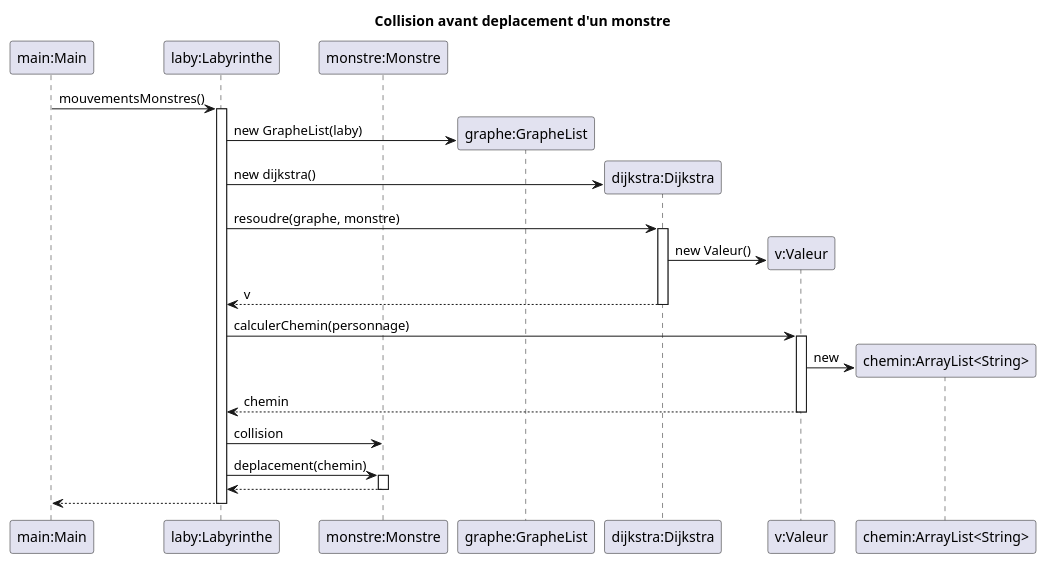
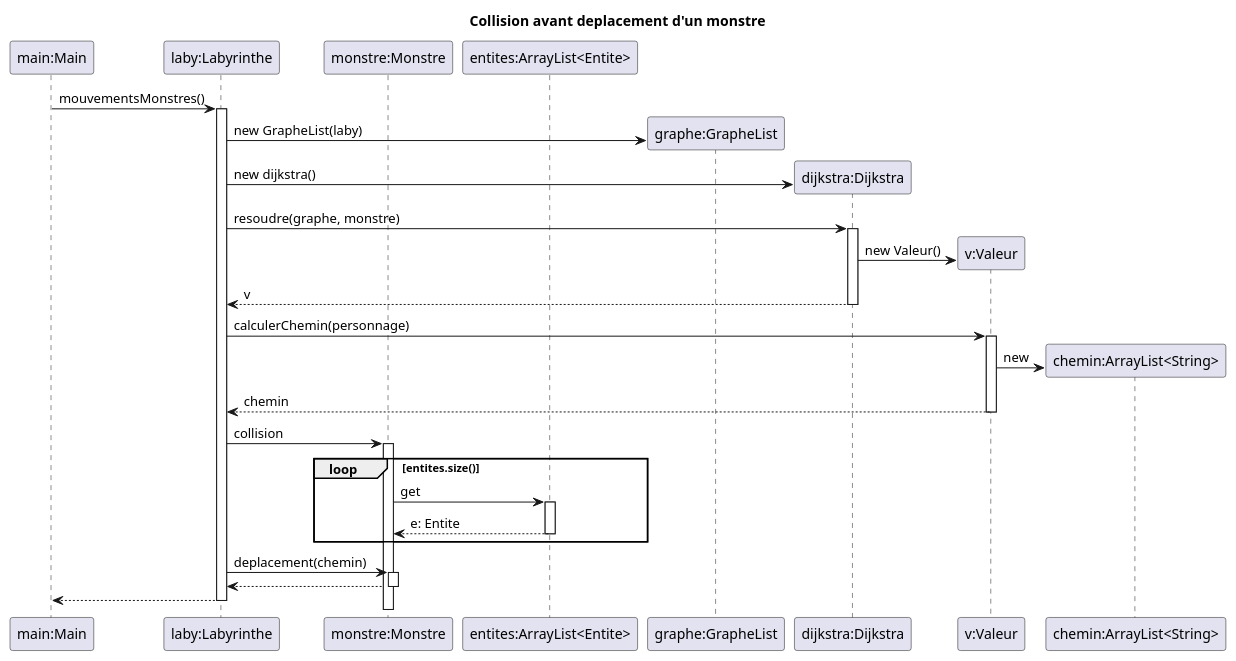
Before and after one commit to adrienMGN/2024_Zeldiablo_mangin225u_dewasch2u_favier36u_fontaine_noel332u: the diagram in zeldiablo/src/gameLaby/Fonctionnement_Sequence.puml, drawn with PlantUML. The commit also changed 21 other files, not shown here.

```diff
--- a/zeldiablo/src/gameLaby/Fonctionnement_Sequence.puml
+++ b/zeldiablo/src/gameLaby/Fonctionnement_Sequence.puml
@@ -1,40 +1,48 @@
 @startuml
 title Collision avant deplacement d'un monstre
 
 participant "main:Main" as main
 participant "laby:Labyrinthe" as laby
 participant "monstre:Monstre" as monstre
+participant "entites:ArrayList<Entite>" as entites
 
 
 main -> laby: mouvementsMonstres()
 activate laby
 create "graphe:GrapheList" as graphe
 laby -> graphe: new GrapheList(laby)
 create "dijkstra:Dijkstra" as dijkstra
 laby -> dijkstra: new dijkstra()
 
 laby -> dijkstra: resoudre(graphe, monstre)
 activate dijkstra
 create "v:Valeur" as v
 dijkstra -> v: new Valeur()
 dijkstra --> laby: v
 deactivate dijkstra
 
 laby -> v: calculerChemin(personnage)
 activate v
 create "chemin:ArrayList<String>" as chemin
 v -> chemin: new
 v --> laby: chemin
 deactivate v
 
 laby -> monstre: collision
+activate monstre
+loop entites.size()
+    monstre -> entites: get
+    activate entites
+    entites --> monstre: e: Entite
+    deactivate entites
+end
 
 laby -> monstre: deplacement(chemin)
 activate monstre
 monstre --> laby
 deactivate monstre
 
 laby --> main
 deactivate laby
 
 @enduml
```
